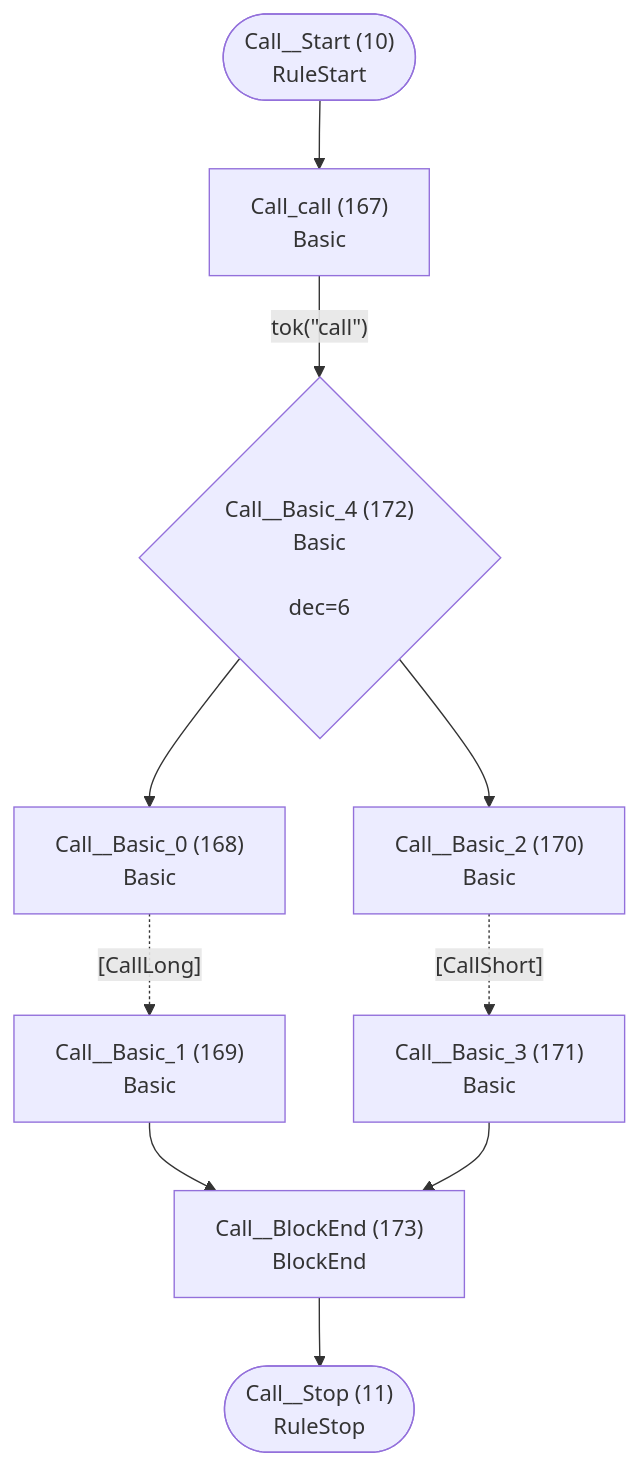
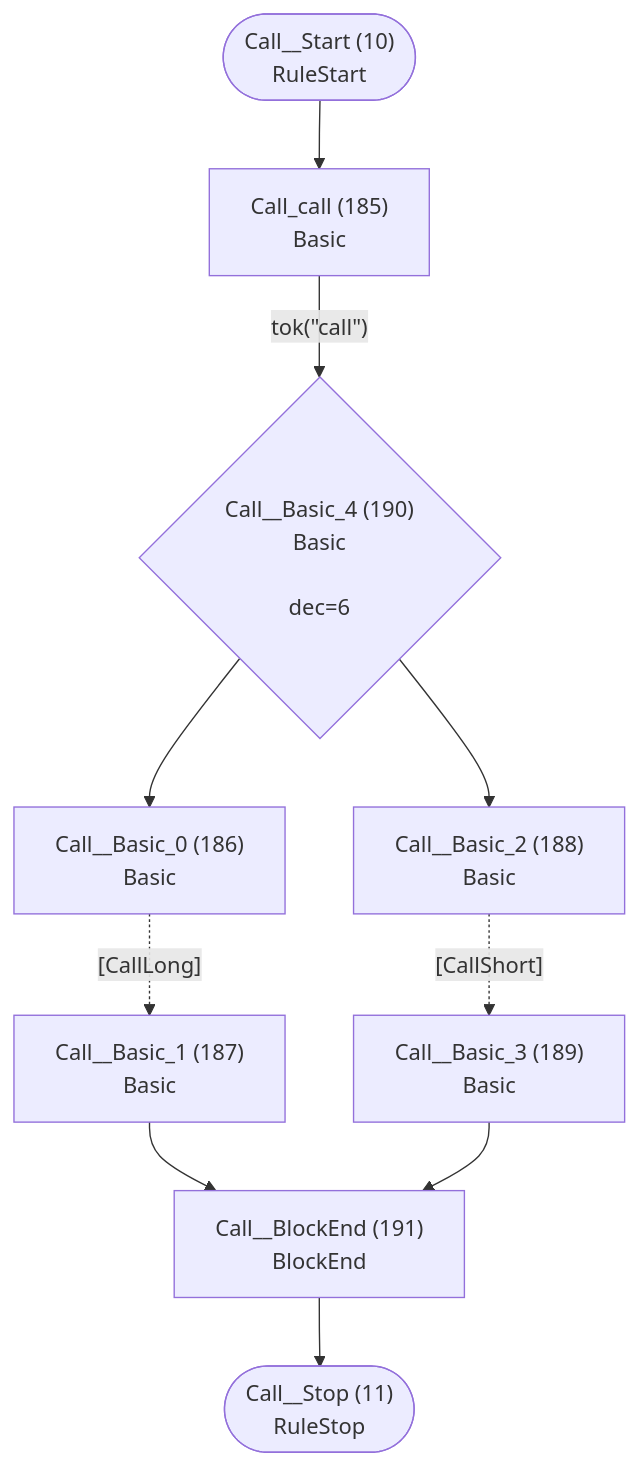
The sixth of 46 diagrams in internal/languages/completion/atn.md (TypeFox/fastbelt), drawn with Mermaid before and after one commit. The commit also changed other lines of this file and 41 other files, not shown here.

````diff
--- a/internal/languages/completion/atn.md
+++ b/internal/languages/completion/atn.md
@@ -254,22 +274,22 @@
 ```mermaid
 flowchart TD
     q10(["Call__Start (10)<br/>RuleStart"])
     q11(["Call__Stop (11)<br/>RuleStop"])
-    q167["Call_call (167)<br/>Basic<br/>"]
-    q168["Call__Basic_0 (168)<br/>Basic<br/>"]
-    q169["Call__Basic_1 (169)<br/>Basic<br/>"]
-    q170["Call__Basic_2 (170)<br/>Basic<br/>"]
-    q171["Call__Basic_3 (171)<br/>Basic<br/>"]
-    q172{"Call__Basic_4 (172)<br/>Basic<br/><br/>dec=6"}
-    q173["Call__BlockEnd (173)<br/>BlockEnd<br/>"]
+    q185["Call_call (185)<br/>Basic<br/>"]
+    q186["Call__Basic_0 (186)<br/>Basic<br/>"]
+    q187["Call__Basic_1 (187)<br/>Basic<br/>"]
+    q188["Call__Basic_2 (188)<br/>Basic<br/>"]
+    q189["Call__Basic_3 (189)<br/>Basic<br/>"]
+    q190{"Call__Basic_4 (190)<br/>Basic<br/><br/>dec=6"}
+    q191["Call__BlockEnd (191)<br/>BlockEnd<br/>"]
 
-    q10 --> q167
-    q167 -->|"tok(&quot;call&quot;)"| q172
-    q168 -.->|"[CallLong]"| q169
-    q169 --> q173
-    q170 -.->|"[CallShort]"| q171
-    q171 --> q173
-    q172 --> q168
-    q172 --> q170
-    q173 --> q11
+    q10 --> q185
+    q185 -->|"tok(&quot;call&quot;)"| q190
+    q186 -.->|"[CallLong]"| q187
+    q187 --> q191
+    q188 -.->|"[CallShort]"| q189
+    q189 --> q191
+    q190 --> q186
+    q190 --> q188
+    q191 --> q11
 ```
````
